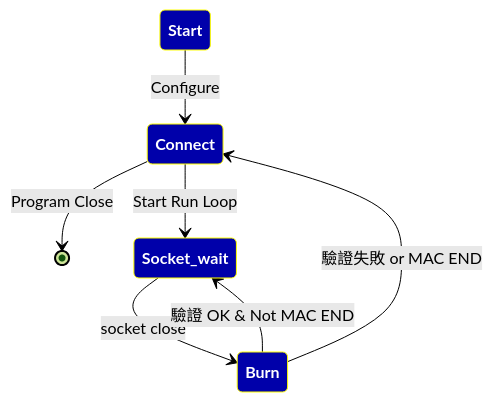
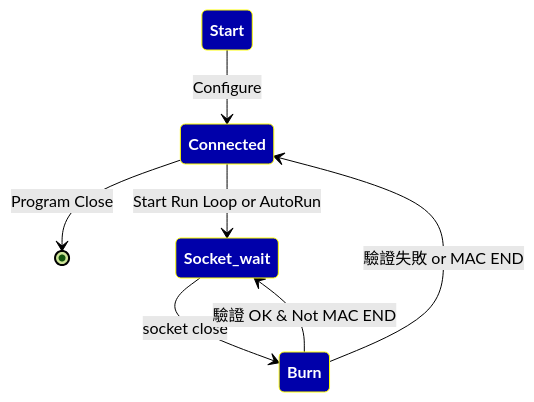
Before and after one commit to tomjpsun/obsidianVaults: the diagram in 專案/DM9051A OTP 燒錄專案/Production 規劃.md, drawn with Mermaid (forest theme).

Commit message:
vault backup: 2024-04-09 14:30:46
Affected files:
專案/DM9051A OTP 燒錄專案/Production 規劃.md

````diff
--- a/專案/DM9051A OTP 燒錄專案/Production 規劃.md
+++ b/專案/DM9051A OTP 燒錄專案/Production 規劃.md
@@ -141,19 +141,19 @@
 ```mermaid
 stateDiagram-v2
         
 classDef Box fill:#00a,color:white,font-weight:bold,stroke-cwidth:2px,stroke:yellow
 
-Start --> Connect: Configure
-Connect --> [*]: Program Close
-Connect --> Socket_wait: Start Run Loop
+Start --> Connected: Configure
+Connected --> [*]: Program Close
+Connected --> Socket_wait: Start Run Loop or AutoRun
 
 Socket_wait --> Burn: socket close
 Burn --> Socket_wait: 驗證 OK & Not MAC END
-Burn --> Connect: 驗證失敗 or MAC END
+Burn --> Connected: 驗證失敗 or MAC END
 
 
-class Connect Box
+class Connected Box
 class Socket_wait Box
 class Burn Box
 class Start Box
 ```
````
